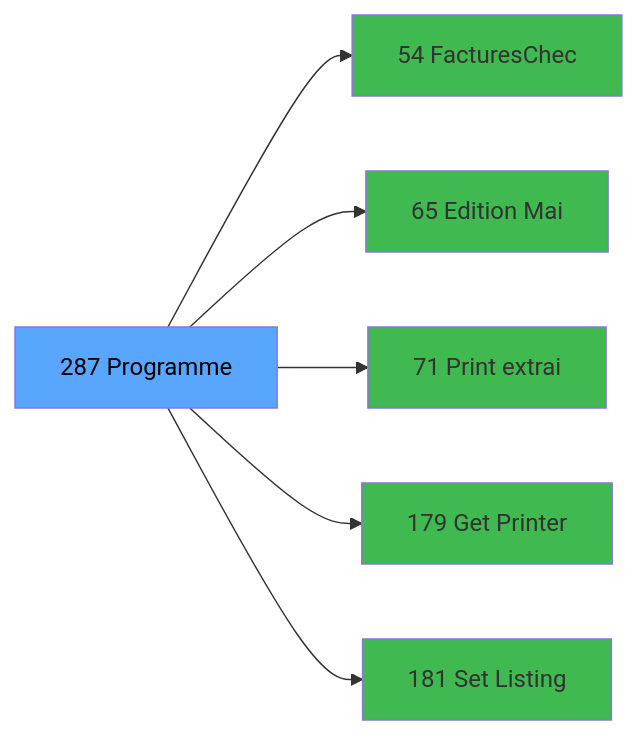
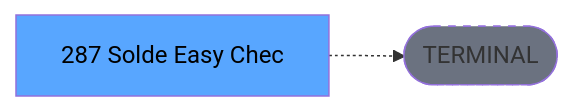
One commit to thonyAGP/lecteur-magic changed the third of 3 diagrams in .openspec/specs/ADH-IDE-287.md. Above: the diagram before and after it, drawn with Mermaid. The commit also changed other lines of this file and 701 other files, not shown here.

````diff
--- a/.openspec/specs/ADH-IDE-287.md
+++ b/.openspec/specs/ADH-IDE-287.md
@@ -164,20 +154,8 @@
 ```mermaid
 graph LR
-    T[287 Programme]
-    C54[54 FacturesChec]
-    T --> C54
-    C65[65 Edition  Mai]
-    T --> C65
-    C71[71 Print extrai]
-    T --> C71
-    C179[179 Get Printer]
-    T --> C179
-    C181[181 Set Listing ]
-    T --> C181
+    T[287 Solde Easy Chec]
+    TERM([TERMINAL])
+    T -.-> TERM
+    style TERM fill:#6b7280,stroke-dasharray: 5 5
     style T fill:#58a6ff,color:#000
-    style C54 fill:#3fb950
-    style C65 fill:#3fb950
-    style C71 fill:#3fb950
-    style C179 fill:#3fb950
-    style C181 fill:#3fb950
 ```
````
